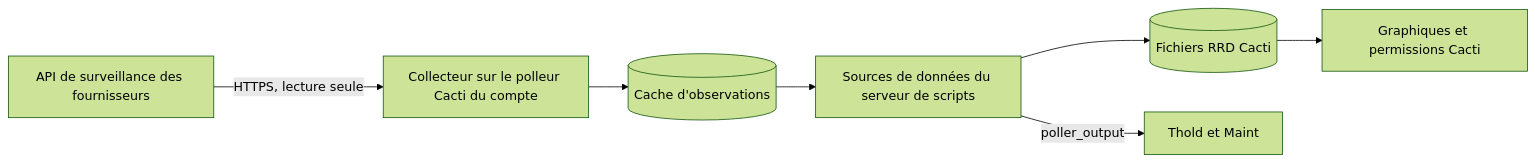
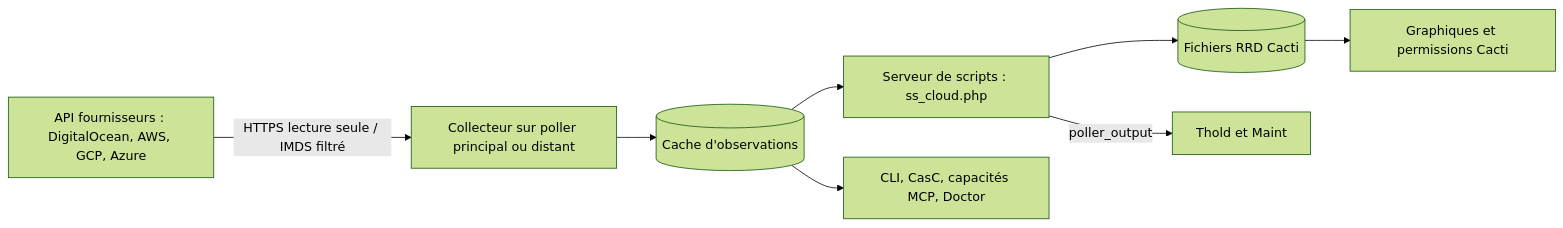
The diagram in docs/i18n/fr-MA/README.md (somethingwithproof/plugin_cloud), drawn with Mermaid (forest theme) before and after one commit. The commit also changed other lines of this file and 48 other files, not shown here.

First line of the commit message:
docs(readme): document AWS, GCP, Azure drivers, remote collectors, and ecosystem hooks

````diff
--- a/docs/i18n/fr-MA/README.md
+++ b/docs/i18n/fr-MA/README.md
@@ -100,9 +148,10 @@
 ```mermaid
 flowchart LR
-    API["API de surveillance des fournisseurs"] -->|HTTPS, lecture seule| C["Collecteur sur le polleur Cacti du compte"]
-    C --> O[("Cache d'observations")]
-    O --> SS["Sources de données du serveur de scripts"]
-    SS --> RRD[("Fichiers RRD Cacti")]
-    SS -->|poller_output| T["Thold et Maint"]
-    RRD --> G["Graphiques et permissions Cacti"]
+    API[API fournisseurs : DigitalOcean, AWS, GCP, Azure] -->|HTTPS lecture seule / IMDS filtré| C[Collecteur sur poller principal ou distant]
+    C --> O[(Cache d'observations)]
+    O --> SS[Serveur de scripts : ss_cloud.php]
+    SS --> RRD[(Fichiers RRD Cacti)]
+    SS -->|poller_output| T[Thold et Maint]
+    RRD --> G[Graphiques et permissions Cacti]
+    O --> ECO[CLI, CasC, capacités MCP, Doctor]
 ```
````
